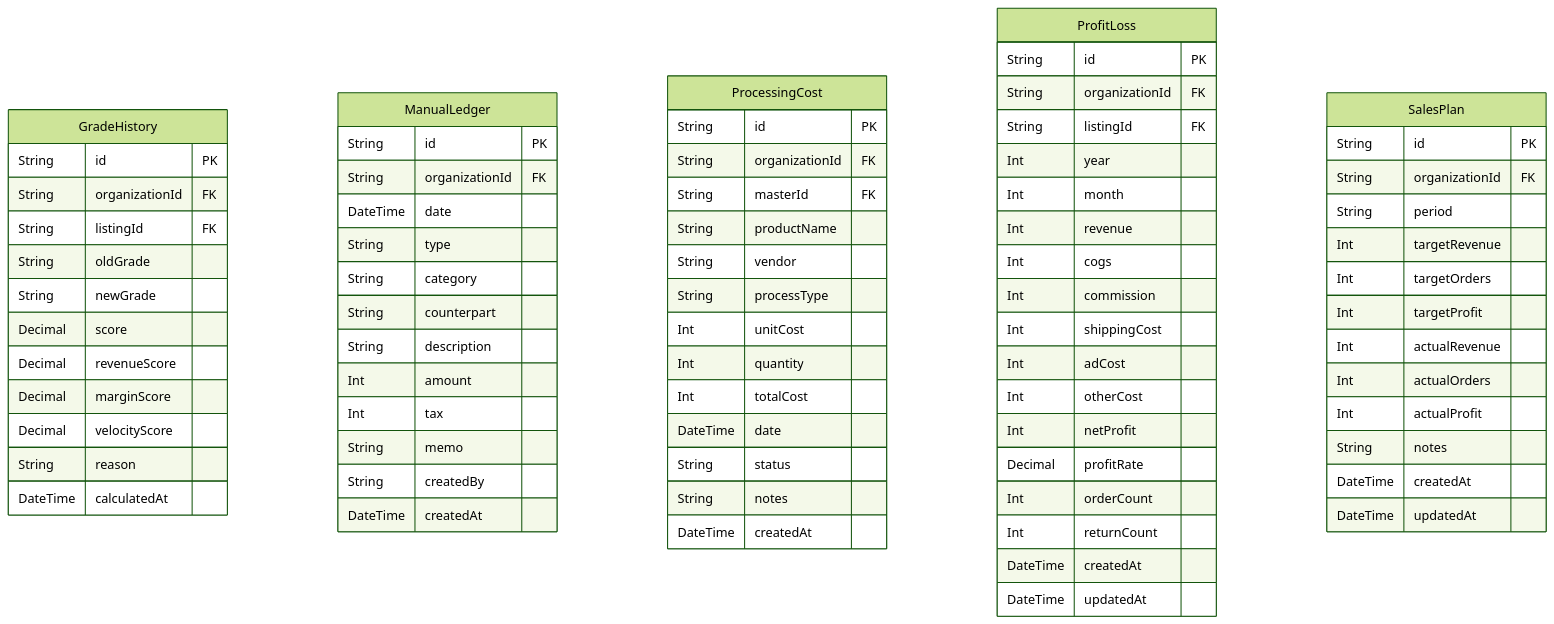
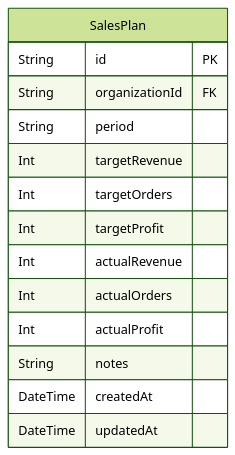
Before and after one commit to AgentFoundry-Labs/kiditem: the diagram in docs/erd/finance.md, drawn with Mermaid (forest theme). The commit also changed other lines of this file and 15 other files, not shown here.

````diff
--- a/docs/erd/finance.md
+++ b/docs/erd/finance.md
@@ -20,78 +16,17 @@
 ```mermaid
 erDiagram
-  GradeHistory {
-    String id PK
-    String organizationId FK
-    String listingId FK
-    String oldGrade
-    String newGrade
-    Decimal score
-    Decimal revenueScore
-    Decimal marginScore
-    Decimal velocityScore
-    String reason
-    DateTime calculatedAt
-  }
-  ManualLedger {
-    String id PK
-    String organizationId FK
-    DateTime date
-    String type
-    String category
-    String counterpart
-    String description
-    Int amount
-    Int tax
-    String memo
-    String createdBy
-    DateTime createdAt
-  }
-  ProcessingCost {
-    String id PK
-    String organizationId FK
-    String masterId FK
-    String productName
-    String vendor
-    String processType
-    Int unitCost
-    Int quantity
-    Int totalCost
-    DateTime date
-    String status
-    String notes
-    DateTime createdAt
-  }
-  ProfitLoss {
-    String id PK
-    String organizationId FK
-    String listingId FK
-    Int year
-    Int month
-    Int revenue
-    Int cogs
-    Int commission
-    Int shippingCost
-    Int adCost
-    Int otherCost
-    Int netProfit
-    Decimal profitRate
-    Int orderCount
-    Int returnCount
-    DateTime createdAt
-    DateTime updatedAt
-  }
   SalesPlan {
     String id PK
     String organizationId FK
     String period
     Int targetRevenue
     Int targetOrders
     Int targetProfit
     Int actualRevenue
     Int actualOrders
     Int actualProfit
     String notes
     DateTime createdAt
     DateTime updatedAt
   }
 ```
````
